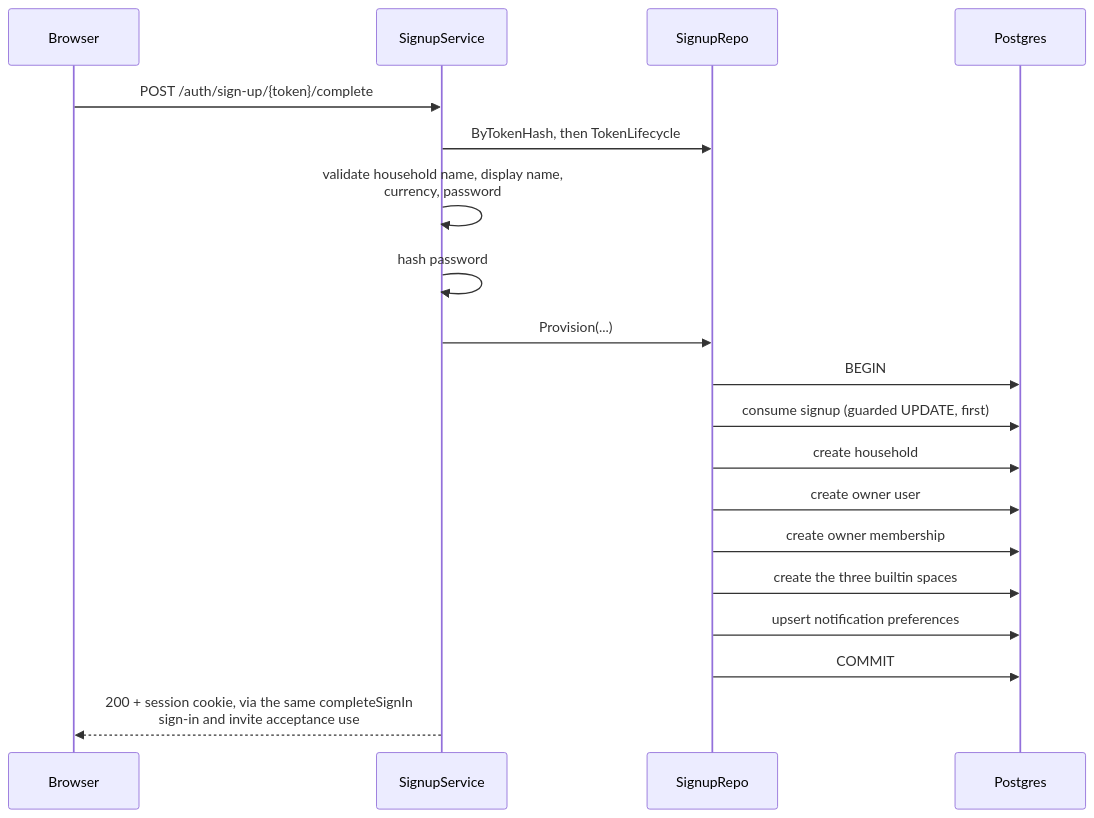
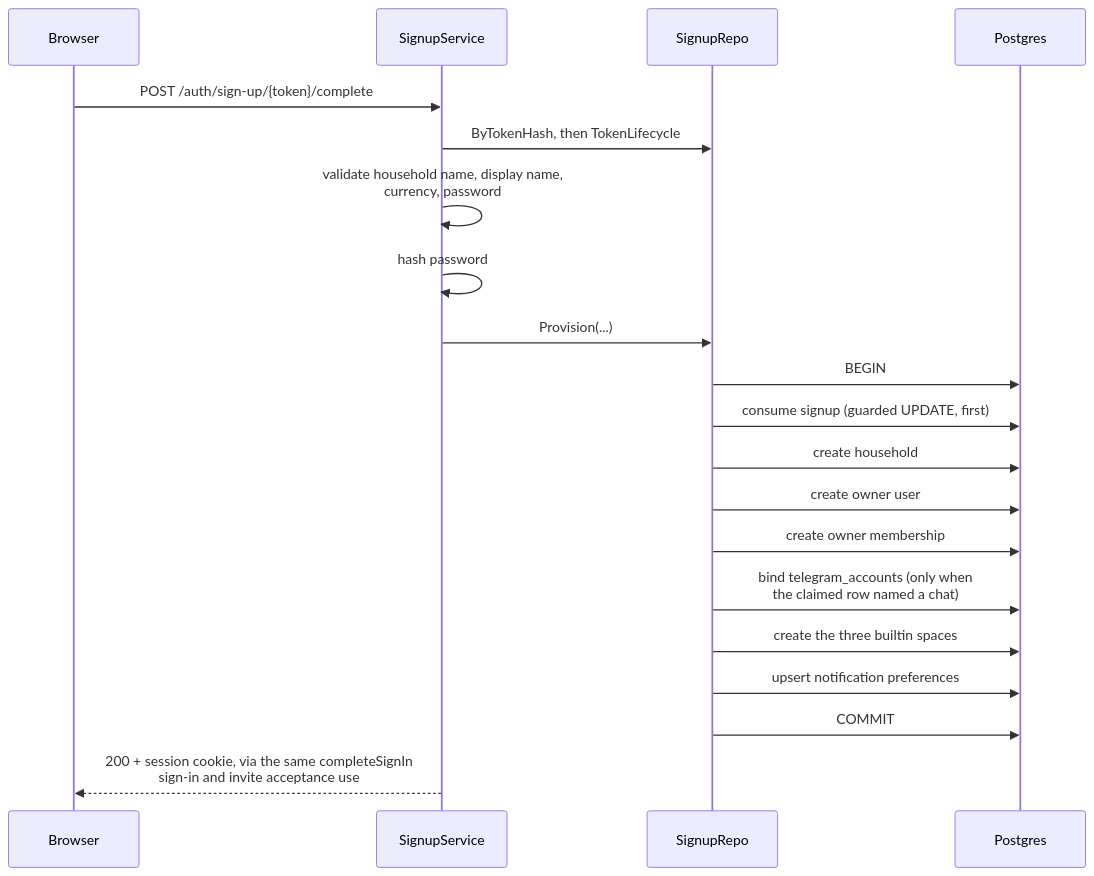
The eighth of 18 diagrams in docs/SYSTEM_DESIGN.md (oandrz/Household), drawn with Mermaid before and after one commit. The commit also changed other lines of this file and 57 other files, not shown here.

First line of the commit message:
Telegram sign-in — a way in when mail cannot leave the box (#14)

````diff
--- a/docs/SYSTEM_DESIGN.md
+++ b/docs/SYSTEM_DESIGN.md
@@ -731,22 +914,23 @@
 ```mermaid
 sequenceDiagram
     participant B as Browser
     participant S as SignupService
     participant R as SignupRepo
     participant DB as Postgres
 
     B->>S: POST /auth/sign-up/{token}/complete
     S->>R: ByTokenHash, then TokenLifecycle
     S->>S: validate household name, display name,<br/>currency, password
     S->>S: hash password
     S->>R: Provision(...)
     R->>DB: BEGIN
     R->>DB: consume signup (guarded UPDATE, first)
     R->>DB: create household
     R->>DB: create owner user
     R->>DB: create owner membership
+    R->>DB: bind telegram_accounts (only when<br/>the claimed row named a chat)
     R->>DB: create the three builtin spaces
     R->>DB: upsert notification preferences
     R->>DB: COMMIT
     S-->>B: 200 + session cookie, via the same completeSignIn<br/>sign-in and invite acceptance use
 ```
````
